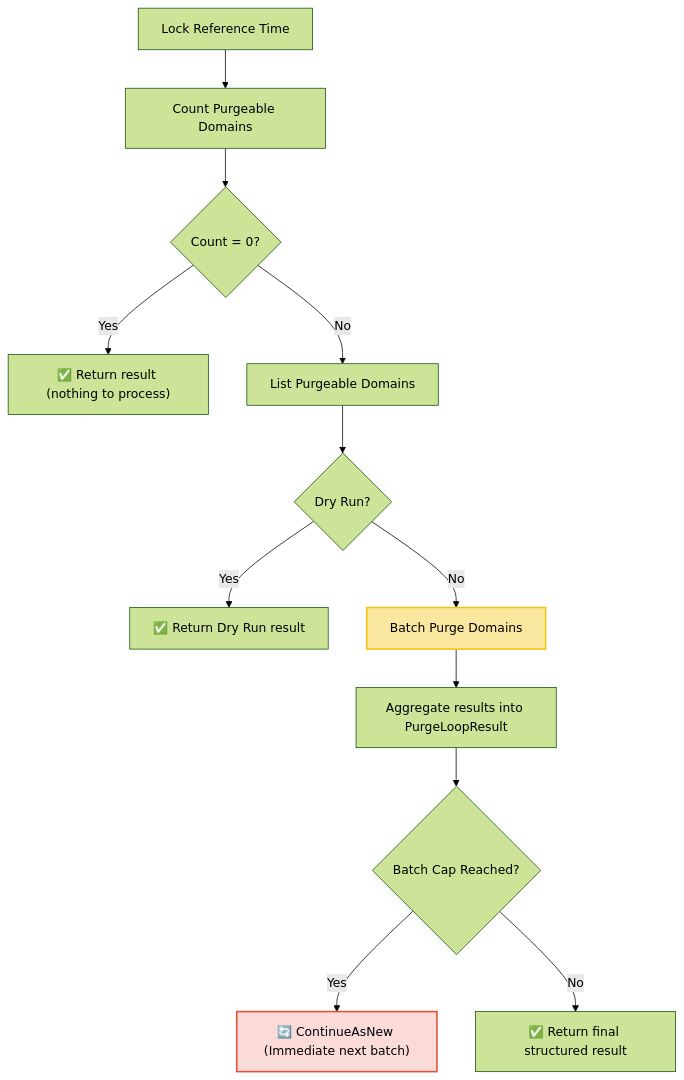
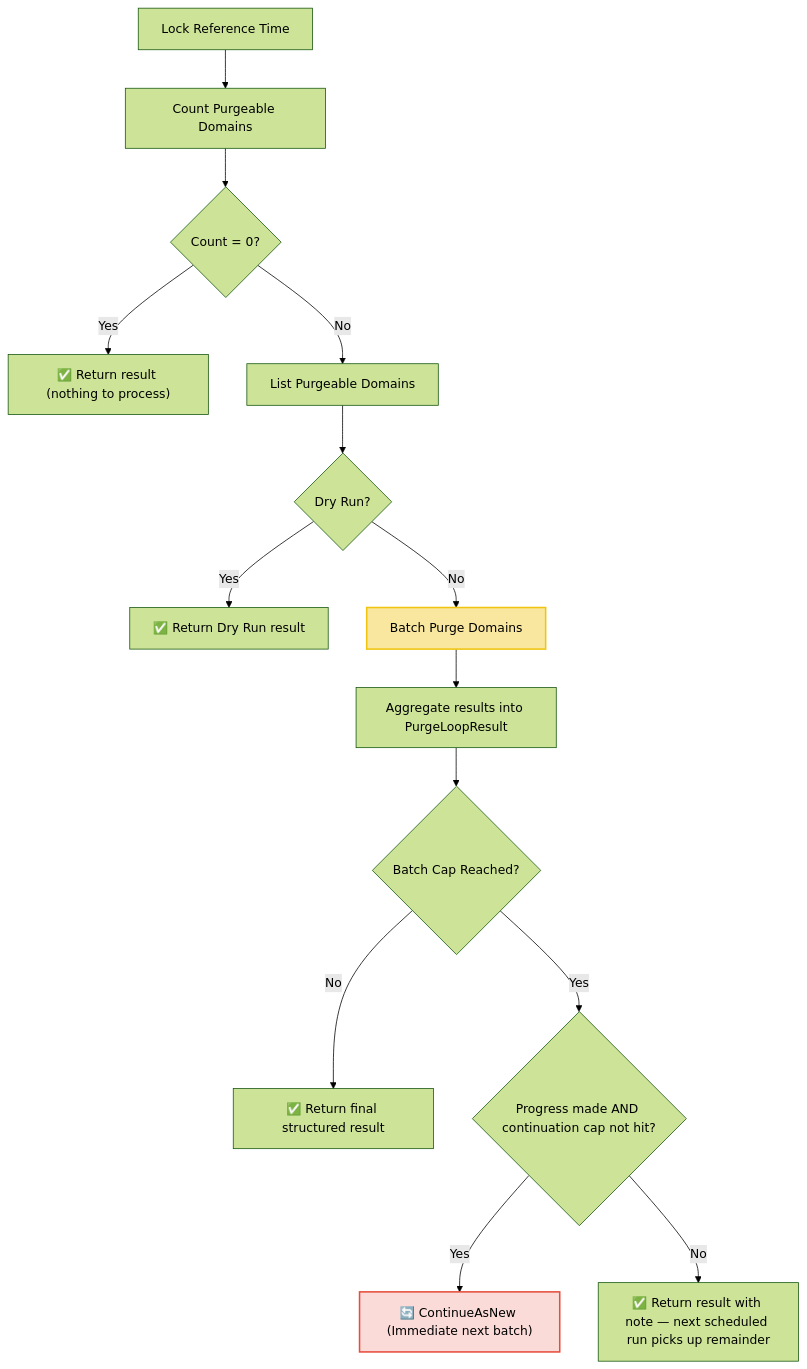
The diagram in internal/application/workflows/purgeLoop.doc.md (onasunnymorning/domain-os), drawn with Mermaid (forest theme) before and after one commit. The commit also changed other lines of this file and 36 other files, not shown here.

````diff
--- a/internal/application/workflows/purgeLoop.doc.md
+++ b/internal/application/workflows/purgeLoop.doc.md
@@ -19,17 +23,19 @@
 ```mermaid
 graph TD
     A["Lock Reference Time"] --> B["Count Purgeable Domains"]
     B --> C{"Count = 0?"}
     C -- Yes --> DONE1["✅ Return result (nothing to process)"]
     C -- No --> D["List Purgeable Domains"]
     D --> E{"Dry Run?"}
     E -- Yes --> DONE2["✅ Return Dry Run result"]
     E -- No --> F["Batch Purge Domains"]
     F --> H["Aggregate results into PurgeLoopResult"]
     H --> I{"Batch Cap Reached?"}
-    I -- Yes --> J["🔄 ContinueAsNew (Immediate next batch)"]
     I -- No --> DONE3["✅ Return final structured result"]
+    I -- Yes --> K{"Progress made AND continuation cap not hit?"}
+    K -- Yes --> J["🔄 ContinueAsNew (Immediate next batch)"]
+    K -- No --> DONE4["✅ Return result with note — next scheduled run picks up remainder"]
 
     style F fill:#f9e79f,stroke:#f1c40f,stroke-width:2px
     style J fill:#fadbd8,stroke:#e74c3c,stroke-width:2px
 ```
````
